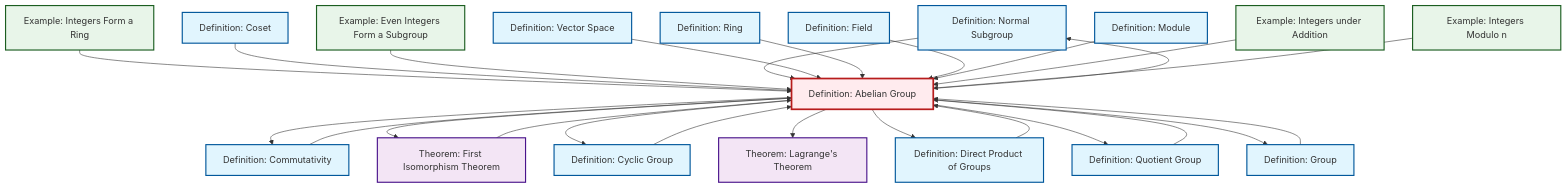
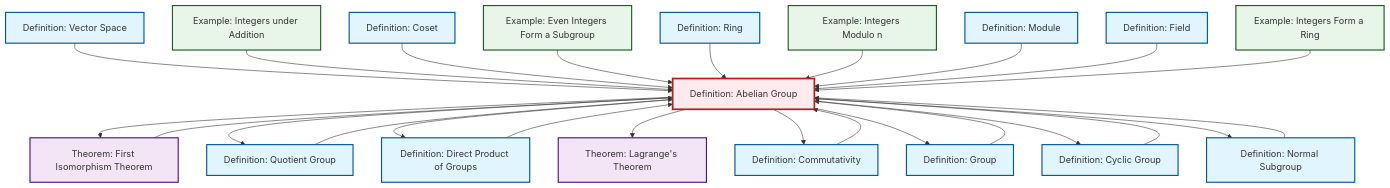
The diagram in content/ja/algebra/def-abelian-group.qmd (RK0429/ModernMath), drawn with Mermaid before and after one commit. The commit also changed other lines of this file and 531 other files, not shown here.

````diff
--- a/content/ja/algebra/def-abelian-group.qmd
+++ b/content/ja/algebra/def-abelian-group.qmd
@@ -103,69 +103,69 @@
 ```{mermaid}
 %%| fig-cap: "Local dependency graph"
 graph TD
     classDef definition fill:#e1f5fe,stroke:#01579b,stroke-width:2px
     classDef theorem fill:#f3e5f5,stroke:#4a148c,stroke-width:2px
     classDef axiom fill:#fff3e0,stroke:#e65100,stroke-width:2px
     classDef example fill:#e8f5e9,stroke:#1b5e20,stroke-width:2px
     classDef current fill:#ffebee,stroke:#b71c1c,stroke-width:3px
-    def-normal-subgroup["Definition: Normal Subgroup"]:::definition
+    def-abelian-group["Definition: Abelian Group"]:::definition
+    def-cyclic-group["Definition: Cyclic Group"]:::definition
+    def-quotient-group["Definition: Quotient Group"]:::definition
+    def-field["Definition: Field"]:::definition
+    def-coset["Definition: Coset"]:::definition
     thm-first-isomorphism["Theorem: First Isomorphism Theorem"]:::theorem
-    def-field["Definition: Field"]:::definition
-    def-module["Definition: Module"]:::definition
-    ex-quotient-integers-mod-n["Example: Integers Modulo n"]:::example
-    thm-lagrange["Theorem: Lagrange's Theorem"]:::theorem
-    def-coset["Definition: Coset"]:::definition
-    def-vector-space["Definition: Vector Space"]:::definition
-    def-quotient-group["Definition: Quotient Group"]:::definition
-    ex-integers-addition["Example: Integers under Addition"]:::example
-    def-cyclic-group["Definition: Cyclic Group"]:::definition
-    ex-even-integers-subgroup["Example: Even Integers Form a Subgroup"]:::example
     def-ring["Definition: Ring"]:::definition
     def-group["Definition: Group"]:::definition
+    def-normal-subgroup["Definition: Normal Subgroup"]:::definition
+    ex-integers-ring["Example: Integers Form a Ring"]:::example
+    thm-lagrange["Theorem: Lagrange's Theorem"]:::theorem
+    def-module["Definition: Module"]:::definition
+    ex-even-integers-subgroup["Example: Even Integers Form a Subgroup"]:::example
     def-commutativity["Definition: Commutativity"]:::definition
-    def-abelian-group["Definition: Abelian Group"]:::definition
-    ex-integers-ring["Example: Integers Form a Ring"]:::example
+    ex-integers-addition["Example: Integers under Addition"]:::example
+    ex-quotient-integers-mod-n["Example: Integers Modulo n"]:::example
     def-direct-product["Definition: Direct Product of Groups"]:::definition
+    def-vector-space["Definition: Vector Space"]:::definition
+    def-normal-subgroup --> def-abelian-group
+    def-abelian-group --> thm-first-isomorphism
+    thm-first-isomorphism --> def-abelian-group
+    def-abelian-group --> def-quotient-group
+    def-abelian-group --> def-direct-product
+    def-vector-space --> def-abelian-group
+    ex-integers-addition --> def-abelian-group
+    def-group --> def-abelian-group
+    def-coset --> def-abelian-group
+    def-direct-product --> def-abelian-group
+    def-cyclic-group --> def-abelian-group
+    ex-even-integers-subgroup --> def-abelian-group
+    def-ring --> def-abelian-group
+    def-abelian-group --> thm-lagrange
+    ex-quotient-integers-mod-n --> def-abelian-group
+    def-module --> def-abelian-group
     def-abelian-group --> def-commutativity
-    def-abelian-group --> thm-first-isomorphism
-    def-direct-product --> def-abelian-group
-    ex-integers-ring --> def-abelian-group
-    def-coset --> def-abelian-group
-    def-abelian-group --> def-normal-subgroup
-    ex-even-integers-subgroup --> def-abelian-group
-    def-normal-subgroup --> def-abelian-group
-    def-abelian-group --> def-cyclic-group
-    def-abelian-group --> thm-lagrange
-    thm-first-isomorphism --> def-abelian-group
-    def-group --> def-abelian-group
-    def-vector-space --> def-abelian-group
-    def-abelian-group --> def-direct-product
-    def-ring --> def-abelian-group
     def-field --> def-abelian-group
-    def-cyclic-group --> def-abelian-group
-    def-abelian-group --> def-quotient-group
     def-abelian-group --> def-group
-    def-module --> def-abelian-group
     def-quotient-group --> def-abelian-group
     def-commutativity --> def-abelian-group
-    ex-integers-addition --> def-abelian-group
-    ex-quotient-integers-mod-n --> def-abelian-group
+    ex-integers-ring --> def-abelian-group
+    def-abelian-group --> def-cyclic-group
+    def-abelian-group --> def-normal-subgroup
     class def-abelian-group current
-    click def-normal-subgroup "def-normal-subgroup.html" "Definition: Normal Subgroupへ"
+    click def-cyclic-group "def-cyclic-group.html" "Definition: Cyclic Groupへ"
+    click def-quotient-group "def-quotient-group.html" "Definition: Quotient Groupへ"
+    click def-field "def-field.html" "Definition: Fieldへ"
+    click def-coset "def-coset.html" "Definition: Cosetへ"
     click thm-first-isomorphism "thm-first-isomorphism.html" "Theorem: First Isomorphism Theoremへ"
-    click def-field "def-field.html" "Definition: Fieldへ"
-    click def-module "def-module.html" "Definition: Moduleへ"
-    click ex-quotient-integers-mod-n "ex-quotient-integers-mod-n.html" "Example: Integers Modulo nへ"
-    click thm-lagrange "thm-lagrange.html" "Theorem: Lagrange's Theoremへ"
-    click def-coset "def-coset.html" "Definition: Cosetへ"
-    click def-vector-space "def-vector-space.html" "Definition: Vector Spaceへ"
-    click def-quotient-group "def-quotient-group.html" "Definition: Quotient Groupへ"
-    click ex-integers-addition "ex-integers-addition.html" "Example: Integers under Additionへ"
-    click def-cyclic-group "def-cyclic-group.html" "Definition: Cyclic Groupへ"
-    click ex-even-integers-subgroup "ex-even-integers-subgroup.html" "Example: Even Integers Form a Subgroupへ"
     click def-ring "def-ring.html" "Definition: Ringへ"
     click def-group "def-group.html" "Definition: Groupへ"
+    click def-normal-subgroup "def-normal-subgroup.html" "Definition: Normal Subgroupへ"
+    click ex-integers-ring "ex-integers-ring.html" "Example: Integers Form a Ringへ"
+    click thm-lagrange "thm-lagrange.html" "Theorem: Lagrange's Theoremへ"
+    click def-module "def-module.html" "Definition: Moduleへ"
+    click ex-even-integers-subgroup "ex-even-integers-subgroup.html" "Example: Even Integers Form a Subgroupへ"
     click def-commutativity "def-commutativity.html" "Definition: Commutativityへ"
-    click ex-integers-ring "ex-integers-ring.html" "Example: Integers Form a Ringへ"
+    click ex-integers-addition "ex-integers-addition.html" "Example: Integers under Additionへ"
+    click ex-quotient-integers-mod-n "ex-quotient-integers-mod-n.html" "Example: Integers Modulo nへ"
     click def-direct-product "def-direct-product.html" "Definition: Direct Product of Groupsへ"
+    click def-vector-space "def-vector-space.html" "Definition: Vector Spaceへ"
 ```
````
